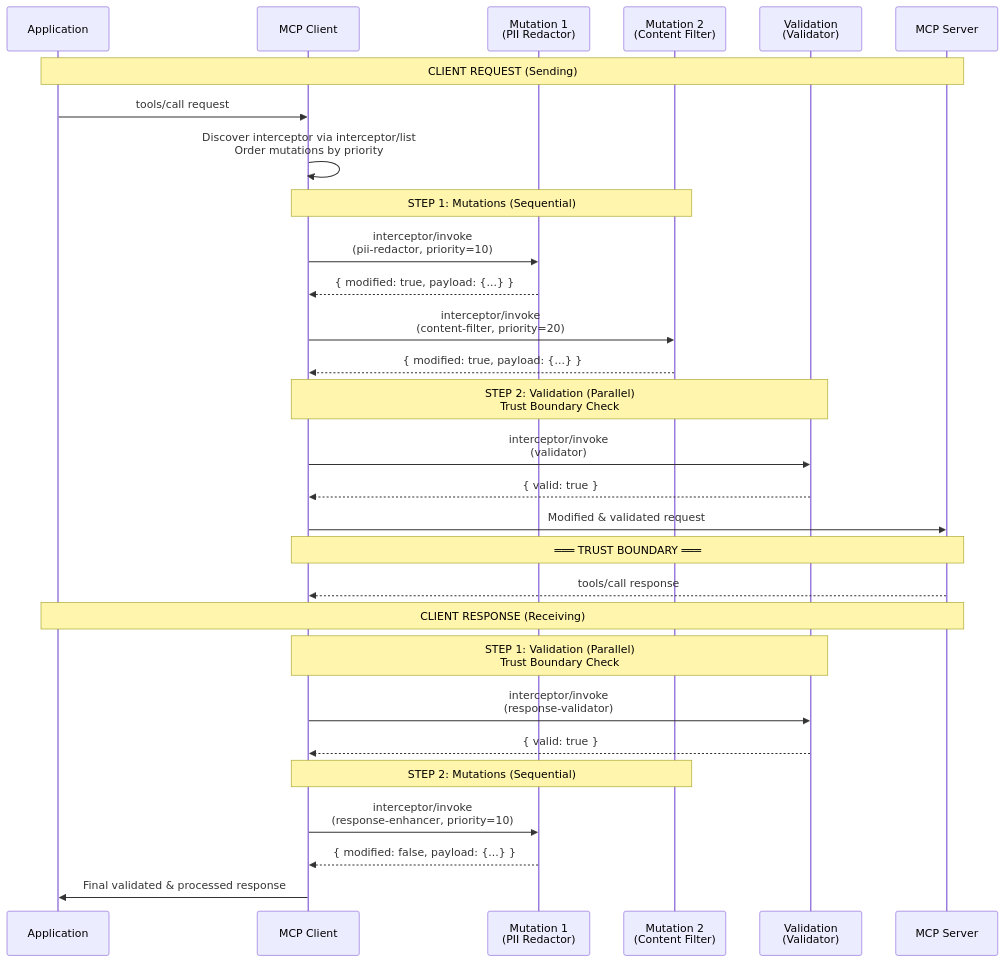
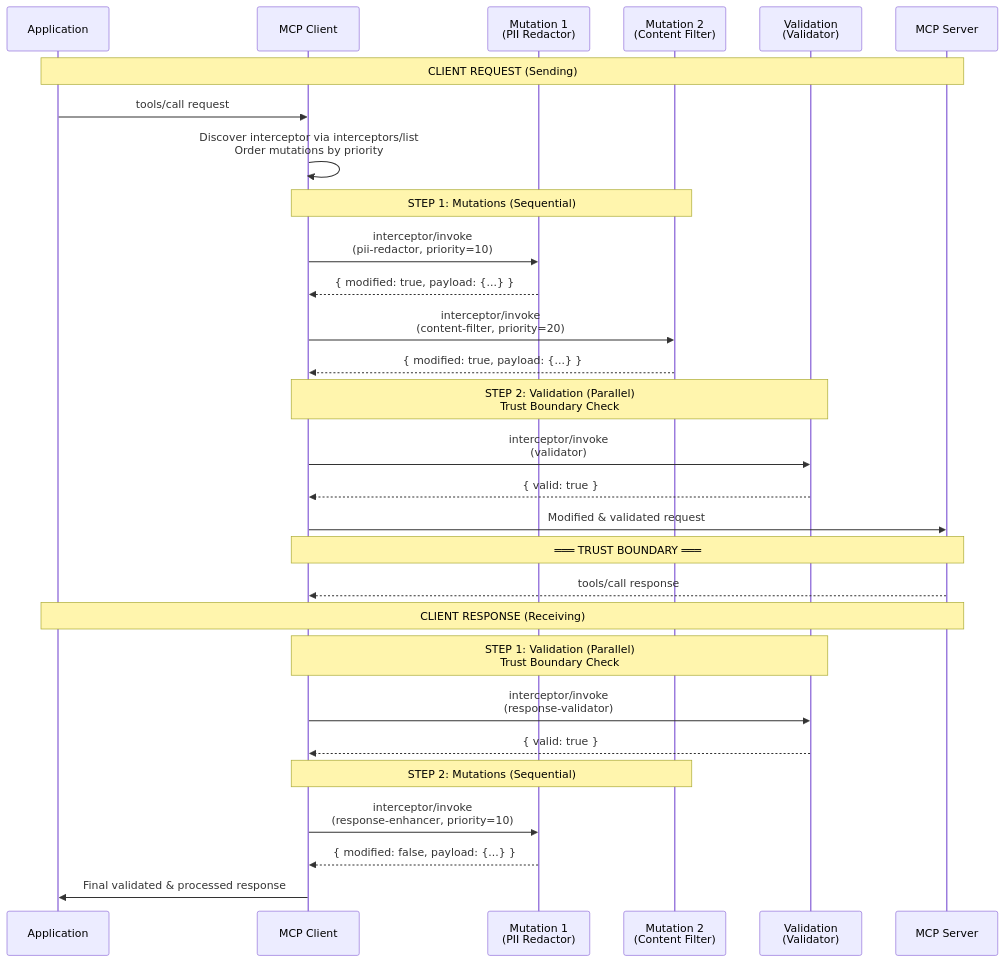
Before and after one commit to modelcontextprotocol/experimental-ext-interceptors: the first of 3 diagrams in docs/sep.md, drawn with Mermaid. The commit also changed other lines of this file, not shown here.

````diff
--- a/docs/sep.md
+++ b/docs/sep.md
@@ -887,40 +889,40 @@
 ```mermaid
 sequenceDiagram
     participant App as Application
     participant Client as MCP Client
     participant MW1 as Mutation 1<br/>(PII Redactor)
     participant MW2 as Mutation 2<br/>(Content Filter)
     participant MW3 as Validation<br/>(Validator)
     participant Server as MCP Server
 
     Note over App,Server: CLIENT REQUEST (Sending)
     App->>Client: tools/call request
-    Client->>Client: Discover interceptor via interceptor/list<br/>Order mutations by priority
+    Client->>Client: Discover interceptor via interceptors/list<br/>Order mutations by priority
 
     Note over Client,MW2: STEP 1: Mutations (Sequential)
     Client->>MW1: interceptor/invoke<br/>(pii-redactor, priority=10)
     MW1-->>Client: { modified: true, payload: {...} }
 
     Client->>MW2: interceptor/invoke<br/>(content-filter, priority=20)
     MW2-->>Client: { modified: true, payload: {...} }
 
     Note over Client,MW3: STEP 2: Validation (Parallel)<br/>Trust Boundary Check
     Client->>MW3: interceptor/invoke<br/>(validator)
     MW3-->>Client: { valid: true }
 
     Client->>Server: Modified & validated request
     Note over Client,Server: ═══ TRUST BOUNDARY ═══
     Server-->>Client: tools/call response
 
     Note over App,Server: CLIENT RESPONSE (Receiving)
 
     Note over Client,MW3: STEP 1: Validation (Parallel)<br/>Trust Boundary Check
     Client->>MW3: interceptor/invoke<br/>(response-validator)
     MW3-->>Client: { valid: true }
 
     Note over Client,MW2: STEP 2: Mutations (Sequential)
     Client->>MW1: interceptor/invoke<br/>(response-enhancer, priority=10)
     MW1-->>Client: { modified: false, payload: {...} }
 
     Client->>App: Final validated & processed response
 ```
````
